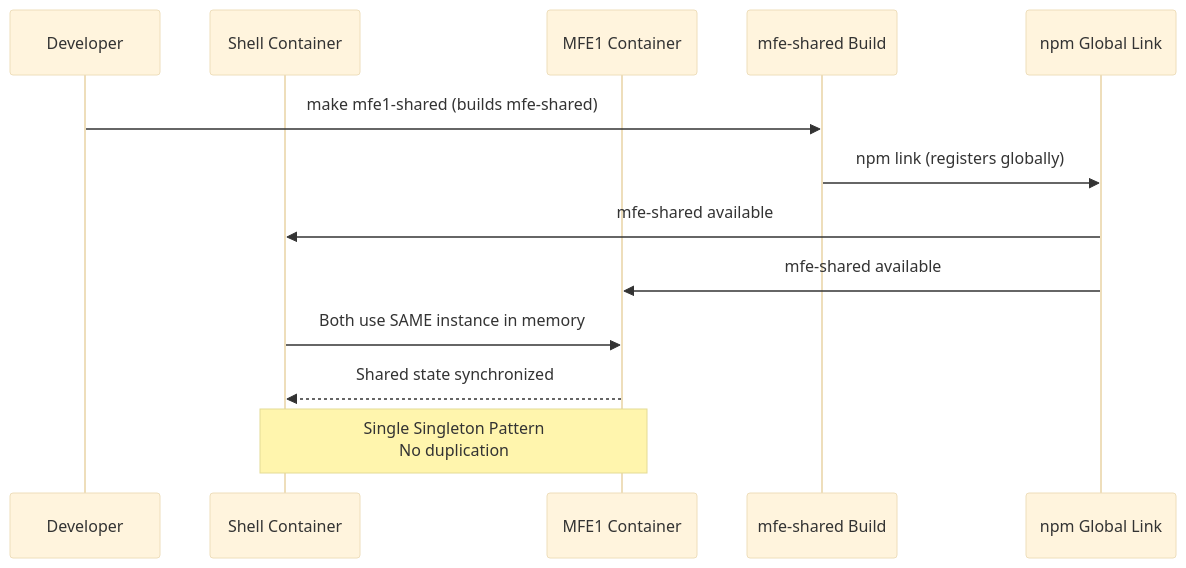
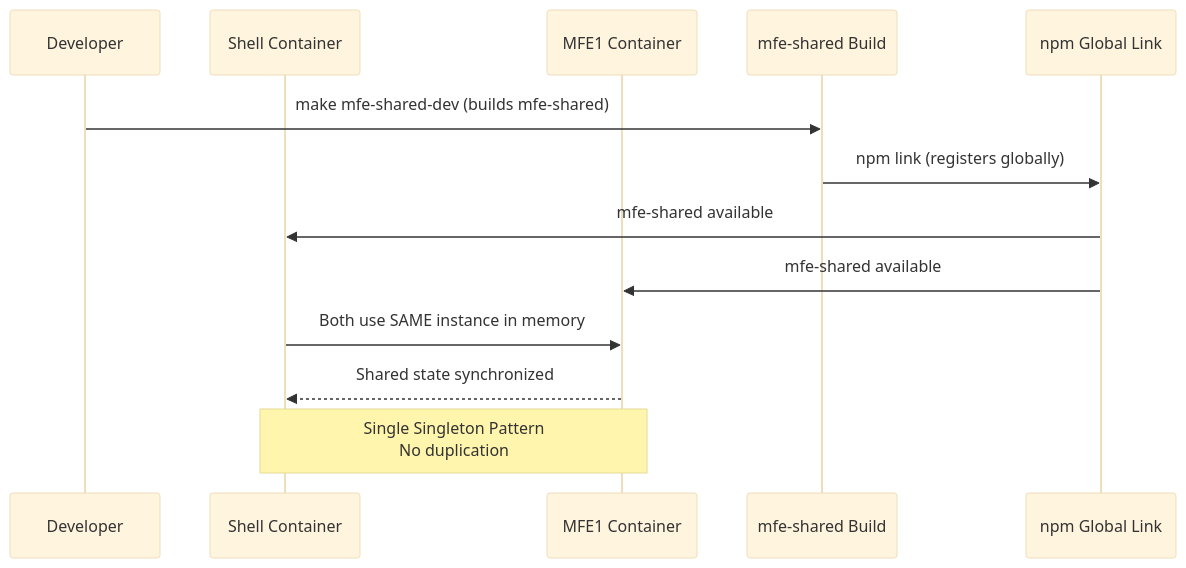
Before and after one commit to PolecatWorks/Mfe-shell: the seventh of 13 diagrams in spec/ARCHITECTURE.md, drawn with Mermaid (base theme). The commit also changed other lines of this file and 58 other files, not shown here.

````diff
--- a/spec/ARCHITECTURE.md
+++ b/spec/ARCHITECTURE.md
@@ -336,18 +285,18 @@
 ```mermaid
 sequenceDiagram
     participant User as Developer
     participant Shell as Shell Container
     participant MFE1 as MFE1 Container
     participant Shared as mfe-shared Build
     participant Global as npm Global Link
     
-    User->>Shared: make mfe1-shared (builds mfe-shared)
+    User->>Shared: make mfe-shared-dev (builds mfe-shared)
     Shared->>Global: npm link (registers globally)
     Global->>Shell: mfe-shared available
     Global->>MFE1: mfe-shared available
     
     Shell->>MFE1: Both use SAME instance in memory
     MFE1-->>Shell: Shared state synchronized
     
     note over Shell,MFE1: Single Singleton Pattern<br/>No duplication
 ```
````
